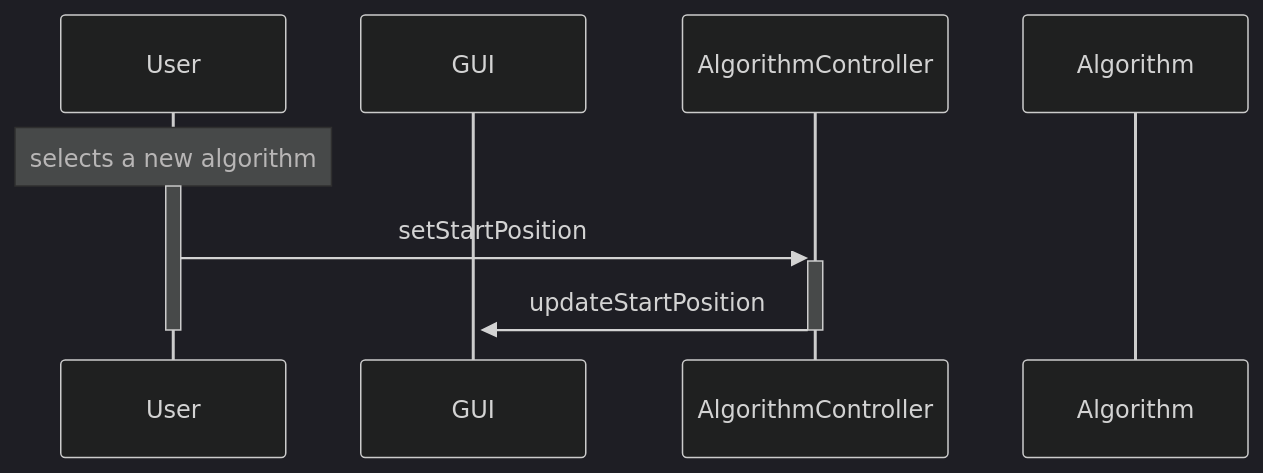
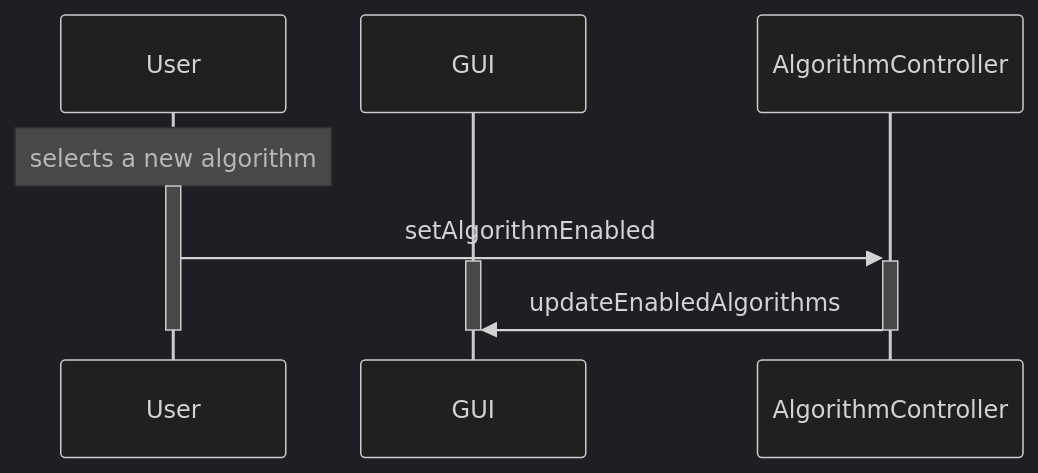
Before and after one commit to AdamCorbinFAUPhD/COP5339-Object-Oriented-Software-Design: the fifth of 7 diagrams in Homeworks/Project/report.md, drawn with Mermaid (dark theme). The commit also changed other lines of this file, not shown here.

Commit message:
starting state diagrams

````diff
--- a/Homeworks/Project/report.md
+++ b/Homeworks/Project/report.md
@@ -305,16 +344,15 @@
 ```mermaid
 sequenceDiagram
 participant User
 participant GUI
 participant AlgorithmController
-participant Algorithm
 
 Note over User: selects a new algorithm
 activate User
-User  ->>+ AlgorithmController : setStartPosition
+User  ->>+ AlgorithmController : setAlgorithmEnabled
 activate GUI
-AlgorithmController ->>- GUI : updateStartPosition
-
+AlgorithmController ->>- GUI : updateEnabledAlgorithms
+deactivate GUI
 deactivate User
 
 ```
````
